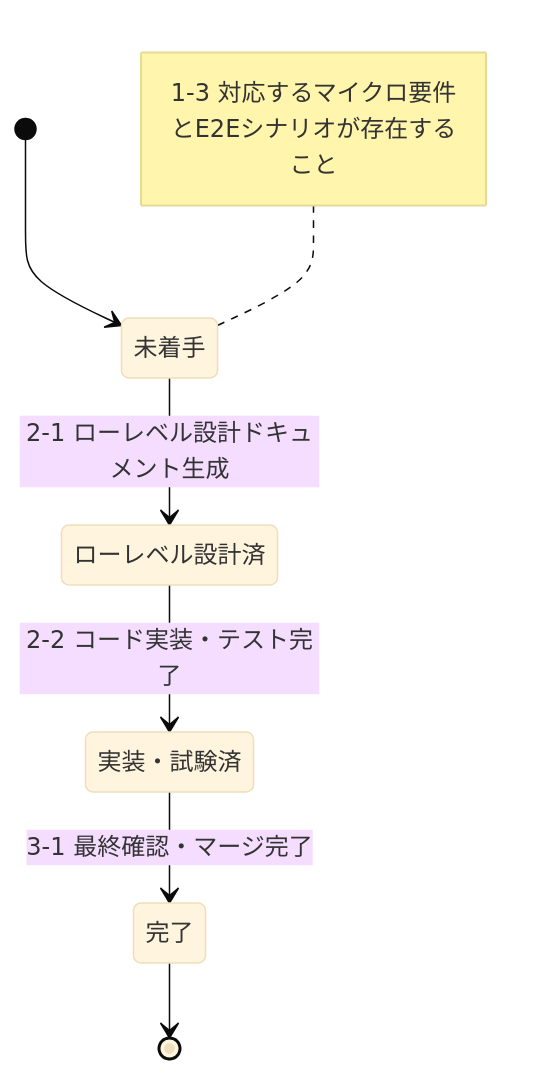
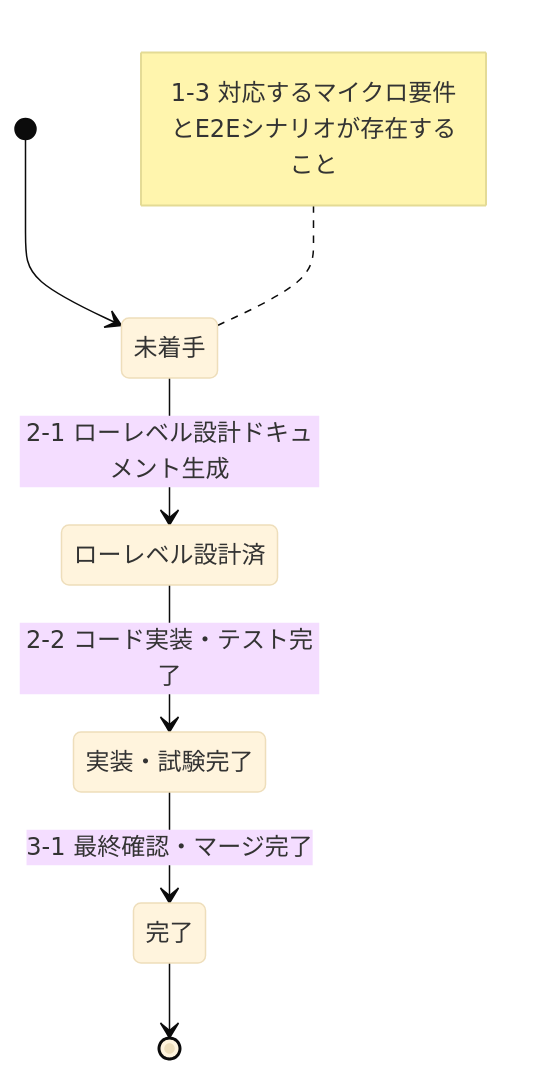
The diagram in attendance-system-workshop-ja/docs/managements/dev-status.md (suzukitakanory/offjt_01), drawn with Mermaid (base theme) before and after one commit. The commit also changed other lines of this file and 28 other files, not shown here.

````diff
--- a/attendance-system-workshop-ja/docs/managements/dev-status.md
+++ b/attendance-system-workshop-ja/docs/managements/dev-status.md
@@ -95,9 +118,9 @@
 ```mermaid
 stateDiagram-v2
     [*] --> 未着手
     未着手 --> ローレベル設計済 : 2-1 ローレベル設計ドキュメント生成
-    ローレベル設計済 --> 実装・試験済 : 2-2 コード実装・テスト完了
-    実装・試験済 --> 完了 : 3-1 最終確認・マージ完了
+    ローレベル設計済 --> 実装・試験完了 : 2-2 コード実装・テスト完了
+    実装・試験完了 --> 完了 : 3-1 最終確認・マージ完了
     完了 --> [*]
     note left of 未着手: 1-3 対応するマイクロ要件とE2Eシナリオが存在すること
 ```
````
